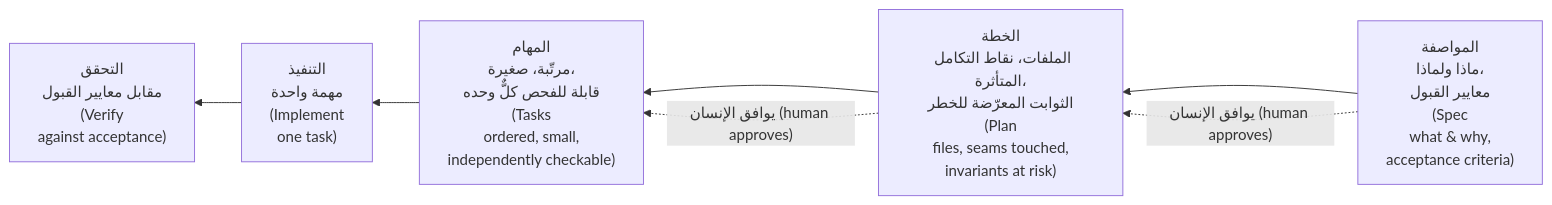
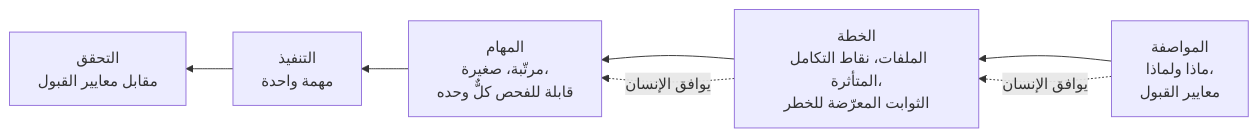
Before and after one commit to Tamoura/system-design-for-vibe-coders: the first of 8 diagrams in modules/09-directing-ai-team/module.ar.md, drawn with Mermaid. The commit also changed other lines of this file and 551 other files, not shown here.

````diff
--- a/modules/09-directing-ai-team/module.ar.md
+++ b/modules/09-directing-ai-team/module.ar.md
@@ -44,9 +44,9 @@
 ```mermaid
 flowchart RL
-    S["المواصفة<br/>ماذا ولماذا،<br/>معايير القبول<br/>(Spec<br/>what & why,<br/>acceptance criteria)"] --> P["الخطة<br/>الملفات، نقاط التكامل المتأثرة،<br/>الثوابت المعرّضة للخطر<br/>(Plan<br/>files, seams touched,<br/>invariants at risk)"]
-    P --> T["المهام<br/>مرتّبة، صغيرة،<br/>قابلة للفحص كلٌّ وحده<br/>(Tasks<br/>ordered, small,<br/>independently checkable)"]
-    T --> I["التنفيذ<br/>مهمة واحدة<br/>(Implement<br/>one task)"]
-    I --> V["التحقق<br/>مقابل معايير القبول<br/>(Verify<br/>against acceptance)"]
-    S -.->|"يوافق الإنسان (human approves)"| P
-    P -.->|"يوافق الإنسان (human approves)"| T
+    S["المواصفة<br/>ماذا ولماذا،<br/>معايير القبول"] --> P["الخطة<br/>الملفات، نقاط التكامل المتأثرة،<br/>الثوابت المعرّضة للخطر"]
+    P --> T["المهام<br/>مرتّبة، صغيرة،<br/>قابلة للفحص كلٌّ وحده"]
+    T --> I["التنفيذ<br/>مهمة واحدة"]
+    I --> V["التحقق<br/>مقابل معايير القبول"]
+    S -.->|"يوافق الإنسان"| P
+    P -.->|"يوافق الإنسان"| T
 ```
````
